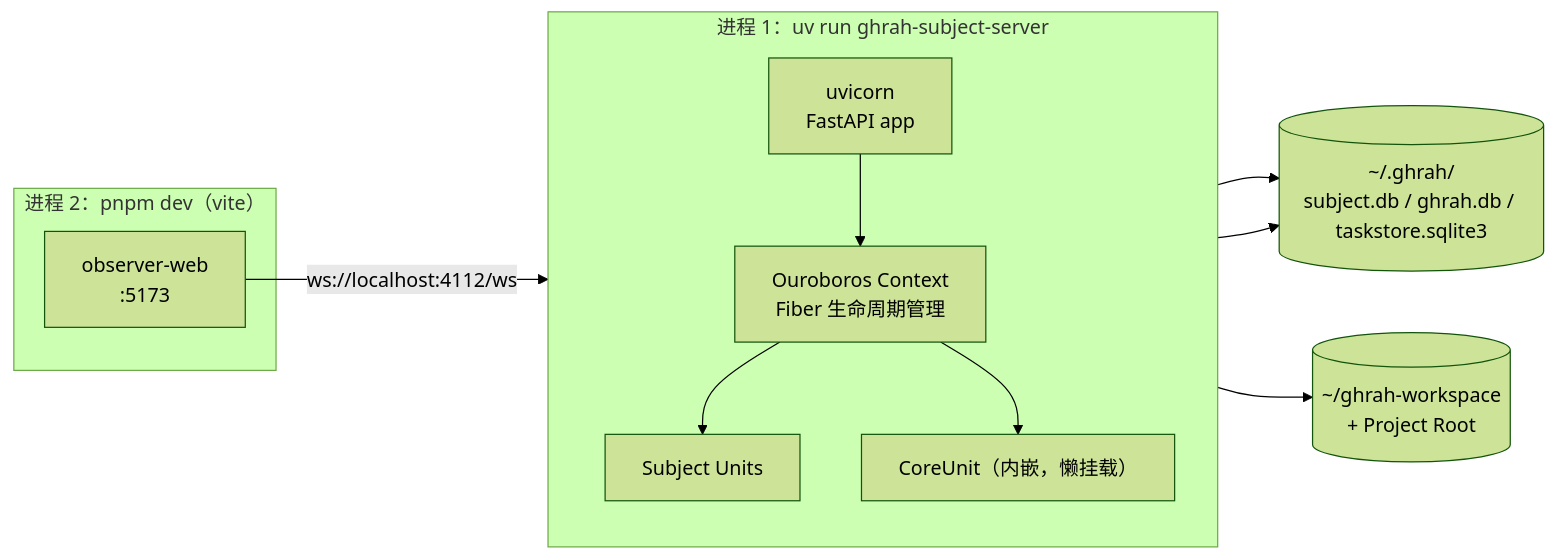
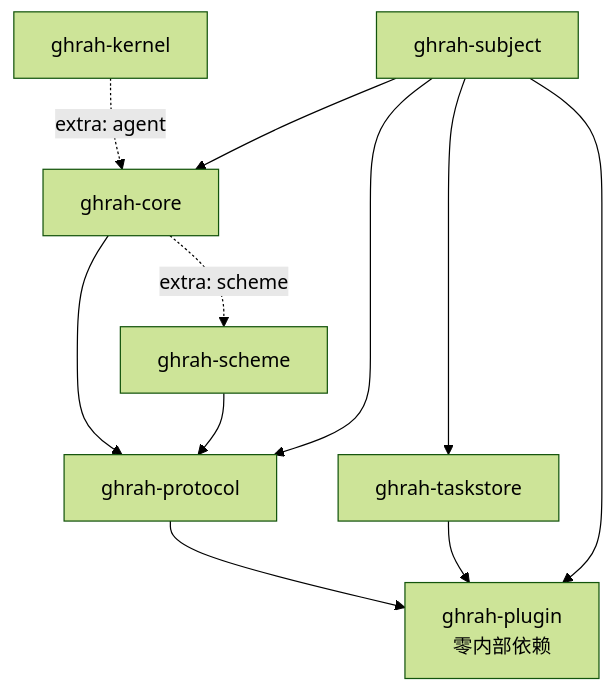
One commit to ghrah-org/ghrah-monorepo changed the second of 9 diagrams in docs/ARCHITECTURE.md. Above: the diagram before and after it, drawn with Mermaid (forest theme). The commit also changed other lines of this file and 24 other files, not shown here.

````diff
--- a/docs/ARCHITECTURE.md
+++ b/docs/ARCHITECTURE.md
@@ -162,23 +331,21 @@
 ```mermaid
-graph LR
-    subgraph P1["进程 1：uv run ghrah-subject-server"]
-        direction TB
-        UV["uvicorn<br/>FastAPI app"]
-        OU["Ouroboros Context<br/>Fiber 生命周期管理"]
-        CU["CoreUnit（内嵌，懒挂载）"]
-        ST["Subject Units"]
-        OU --> ST
-        OU --> CU
-        UV --> OU
-    end
-    subgraph P2["进程 2：pnpm dev（vite）"]
-        V["observer-web<br/>:5173"]
-    end
-    DB[("~/.ghrah/<br/>subject.db / ghrah.db / taskstore.sqlite3")]
-    WS[("~/ghrah-workspace<br/>+ Project Root")]
+graph TD
+    plugin["ghrah-plugin<br/>零内部依赖"]
+    protocol["ghrah-protocol"]
+    core["ghrah-core"]
+    scheme["ghrah-scheme"]
+    taskstore["ghrah-taskstore"]
+    subject["ghrah-subject"]
+    kernel["ghrah-kernel"]
 
-    V -- "ws://localhost:4112/ws" --> UV
-    ST --> DB
-    CU --> DB
-    ST --> WS
+    protocol --> plugin
+    core --> protocol
+    scheme --> protocol
+    taskstore --> plugin
+    subject --> core
+    subject --> protocol
+    subject --> taskstore
+    subject --> plugin
+    core -.->|"extra: scheme"| scheme
+    kernel -.->|"extra: agent"| core
 ```
````
